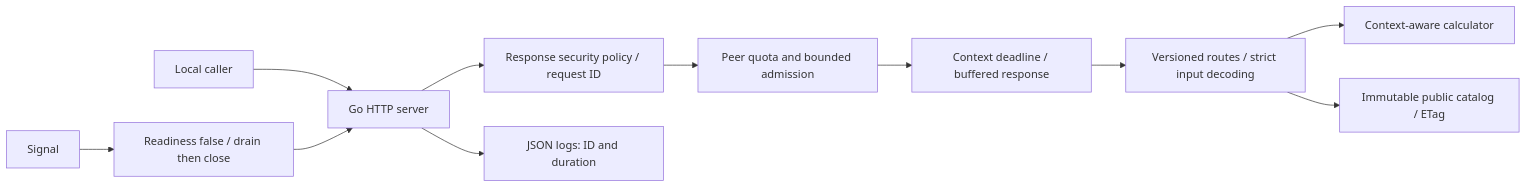
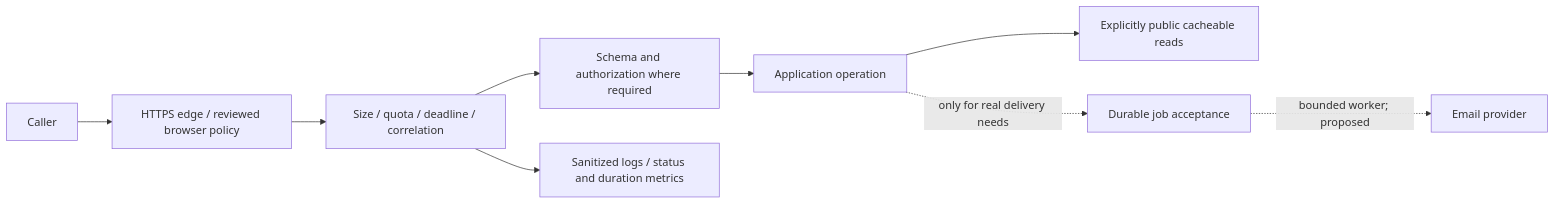
One commit to shantanu-1607/assignment changed the second of 3 diagrams in docs/ARCHITECTURE.md. Above: the diagram before and after it, drawn with Mermaid. The commit also changed other lines of this file and 7 other files, not shown here.

Commit message:
docs: complete evidence-backed audit findings architecture and submission

````diff
--- a/docs/ARCHITECTURE.md
+++ b/docs/ARCHITECTURE.md
@@ -17,13 +23,11 @@
 ```mermaid
 flowchart LR
-  A[Local caller] --> B[Go HTTP server]
-  B --> C[Response security policy / request ID]
-  C --> D[Peer quota and bounded admission]
-  D --> E[Context deadline / buffered response]
-  E --> F[Versioned routes / strict input decoding]
-  F --> G[Context-aware calculator]
-  F --> H[Immutable public catalog / ETag]
-  B --> I[JSON logs: ID and duration]
-  J[Signal] --> K[Readiness false / drain then close]
-  K --> B
+  Caller --> Edge[HTTPS edge / reviewed browser policy]
+  Edge --> Boundary[Size / quota / deadline / correlation]
+  Boundary --> Validate[Schema and authorization where required]
+  Validate --> Domain[Application operation]
+  Domain --> Public[Explicitly public cacheable reads]
+  Domain -. only for real delivery needs .-> Queue[Durable job acceptance]
+  Queue -. bounded worker; proposed .-> Email[Email provider]
+  Boundary --> Telemetry[Sanitized logs / status and duration metrics]
 ```
````
